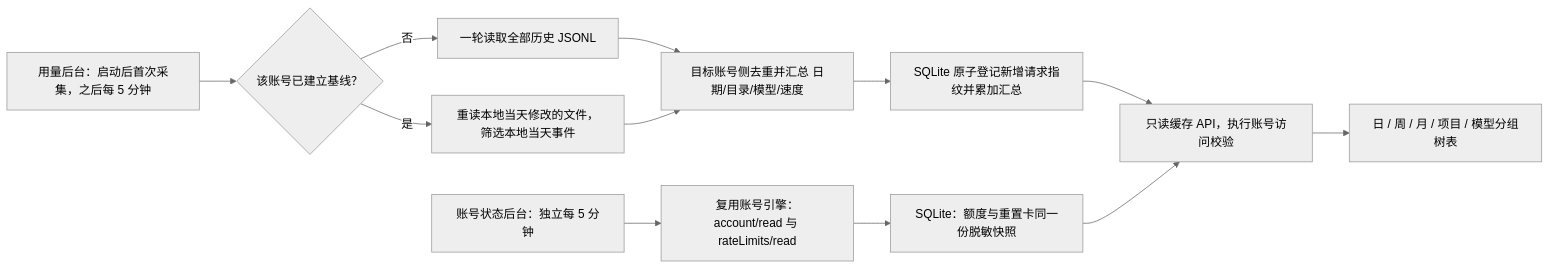
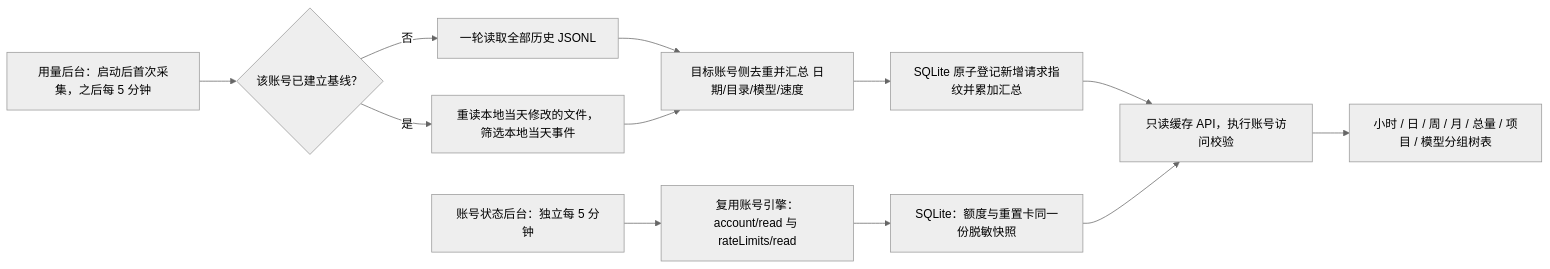
Before and after one commit to Poeagle/agentManager: the first of 2 diagrams in docs/codex-account-usage.md, drawn with Mermaid (neutral theme). The commit also changed other lines of this file and 11 other files, not shown here.

````diff
--- a/docs/codex-account-usage.md
+++ b/docs/codex-account-usage.md
@@ -5,14 +5,14 @@
 ```mermaid
 flowchart LR
  A[用量后台：启动后首次采集，之后每 5 分钟] --> B{该账号已建立基线？}
  B -->|否| C[一轮读取全部历史 JSONL]
  B -->|是| D[重读本地当天修改的文件，筛选本地当天事件]
  C --> E[目标账号侧去重并汇总 日期/目录/模型/速度]
  D --> E
  E --> F[SQLite 原子登记新增请求指纹并累加汇总]
  G[账号状态后台：独立每 5 分钟] --> H[复用账号引擎：account/read 与 rateLimits/read]
  H --> I[SQLite：额度与重置卡同一份脱敏快照]
  F --> J[只读缓存 API，执行账号访问校验]
  I --> J
- J --> K[日 / 周 / 月 / 项目 / 模型分组树表]
+ J --> K[小时 / 日 / 周 / 月 / 总量 / 项目 / 模型分组树表]
 ```
````
